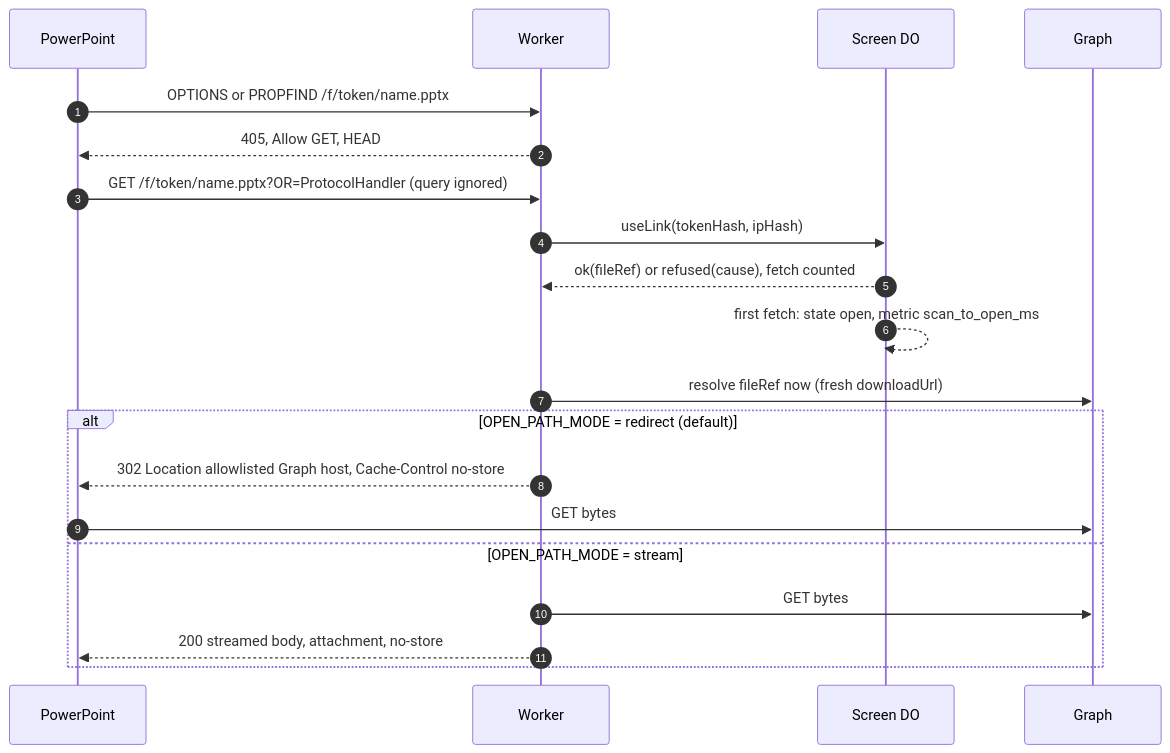
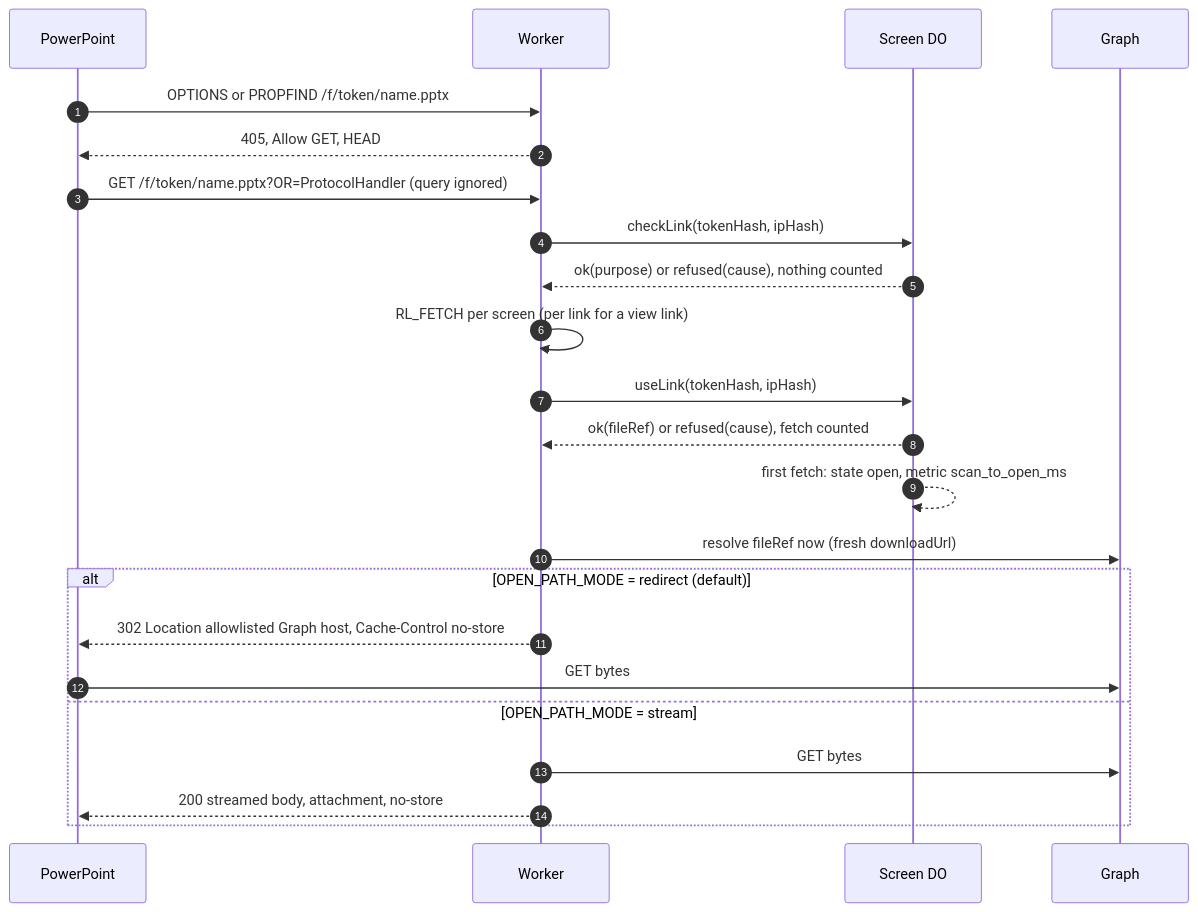
Before and after one commit to CyberSandwich/bloop: the fourth of 5 diagrams in docs/architecture.md, drawn with Mermaid. The commit also changed other lines of this file and 22 other files, not shown here.

First line of the commit message:
View links live until the session ends, with their own read limit; the rate limit sits between the link check and the counted fetch

````diff
--- a/docs/architecture.md
+++ b/docs/architecture.md
@@ -128,22 +128,25 @@
 ```mermaid
 sequenceDiagram
   autonumber
   participant O as PowerPoint
   participant W as Worker
   participant R as Screen DO
   participant G as Graph
   O->>W: OPTIONS or PROPFIND /f/token/name.pptx
   W-->>O: 405, Allow GET, HEAD
   O->>W: GET /f/token/name.pptx?OR=ProtocolHandler (query ignored)
+  W->>R: checkLink(tokenHash, ipHash)
+  R-->>W: ok(purpose) or refused(cause), nothing counted
+  W->>W: RL_FETCH per screen (per link for a view link)
   W->>R: useLink(tokenHash, ipHash)
   R-->>W: ok(fileRef) or refused(cause), fetch counted
   R-->>R: first fetch: state open, metric scan_to_open_ms
   W->>G: resolve fileRef now (fresh downloadUrl)
   alt OPEN_PATH_MODE = redirect (default)
     W-->>O: 302 Location allowlisted Graph host, Cache-Control no-store
     O->>G: GET bytes
   else OPEN_PATH_MODE = stream
     W->>G: GET bytes
     W-->>O: 200 streamed body, attachment, no-store
   end
 ```
````
